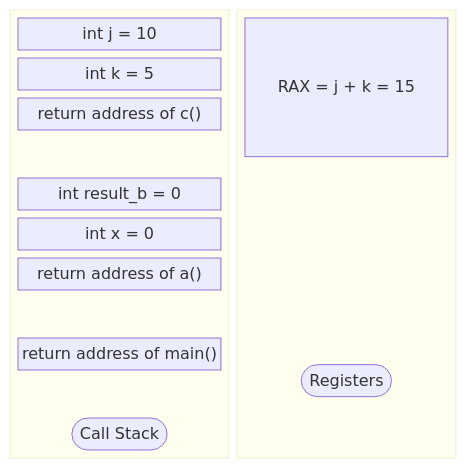
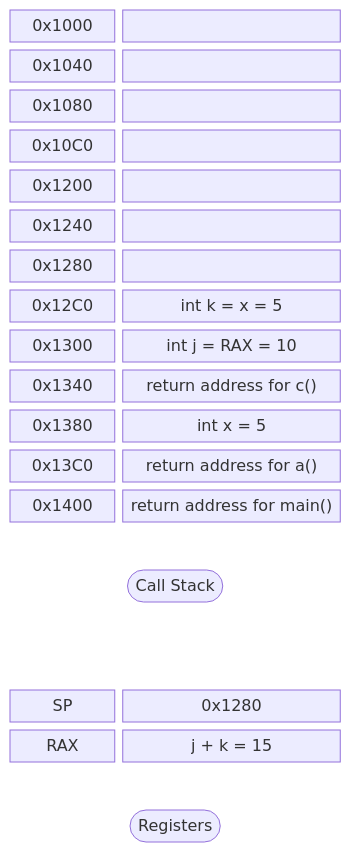
Diagram 11 of 15 in slides/session_6/index.md (GlennVL-AP/cpp-programming-slides), drawn with Mermaid before and after one commit. The commit also changed other lines of this file, not shown here.

Commit message:
improve call stack example

````diff
--- a/slides/session_6/index.md
+++ b/slides/session_6/index.md
@@ -902,23 +1222,40 @@
 ```mermaid
 block-beta
-  block
-    columns 1
-    argj["int j = 10"]
-    argk["int k = 5"]
-    retc["return address of c()"]
-    space
-    resb["int result_b = 0"]
-    intx["int x = 0"]
-    reta["return address of a()"]
-    space
-    retm["return address of main()"]
-    space
-    callstack(["Call Stack"])
-  end
-  block
-    columns 1
-    retval["RAX = j + k = 15"]
-    space
-    registers(["Registers"])
-  end
+  columns 3
+  addr1["0x1000"]:1
+  frame1[" "]:2
+  addr2["0x1040"]:1
+  frame2[" "]:2
+  addr3["0x1080"]:1
+  frame3[" "]:2
+  addr4["0x10C0"]:1
+  frame4[" "]:2
+  addr5["0x1200"]:1
+  frame5[" "]:2
+  addr6["0x1240"]:1
+  frame6[" "]:2
+  addr7["0x1280"]:1
+  frame7[" "]:2
+  addr8["0x12C0"]:1
+  frame8["int k = x = 5"]:2
+  addr9["0x1300"]:1
+  frame9["int j = RAX = 10"]:2
+  addr10["0x1340"]:1
+  frame10["return address for c()"]:2
+  addr11["0x1380"]:1
+  frame11["int x = 5"]:2
+  addr12["0x13C0"]:1
+  frame12["return address for a()"]:2
+  addr13["0x1400"]:1
+  frame13["return address for main()"]:2
+  space:3
+  callstack(["Call Stack"]):3
+  space:3
+  space:3
+  reg1["SP"]:1
+  regval1["0x1280"]:2
+  reg2["RAX"]:1
+  regval2["j + k = 15"]:2
+  space:3
+  registers(["Registers"]):3
 ```
````
